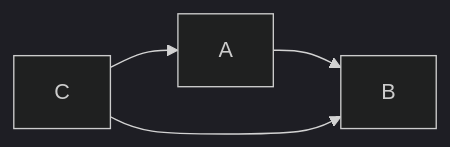
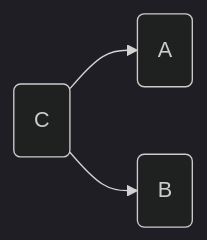
One commit to trafalmadorian97/mecfs_bioinformatics changed the third of 4 diagrams in docs/Bioinformatics_Concepts/Population_Stratification.md. Above: the diagram before and after it, drawn with Mermaid (dark theme). The commit also changed other lines of this file, not shown here.

````diff
--- a/docs/Bioinformatics_Concepts/Population_Stratification.md
+++ b/docs/Bioinformatics_Concepts/Population_Stratification.md
@@ -28,6 +29,5 @@
 ``` mermaid
 graph LR
-A --> B;
-C --> A;
-C --> B;
+C(C) --> A(A);
+C --> B(B);
 ```
````
